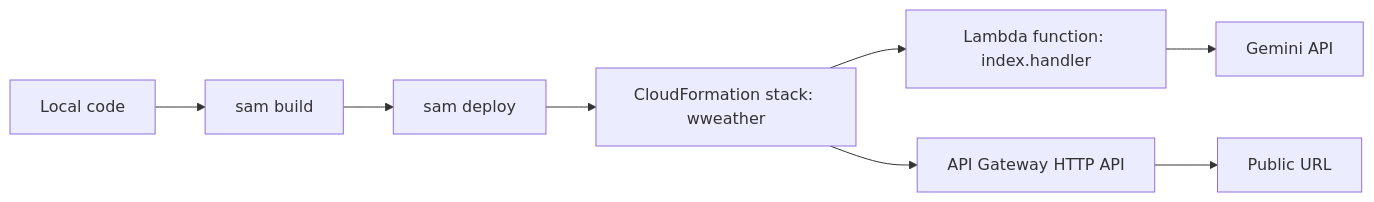
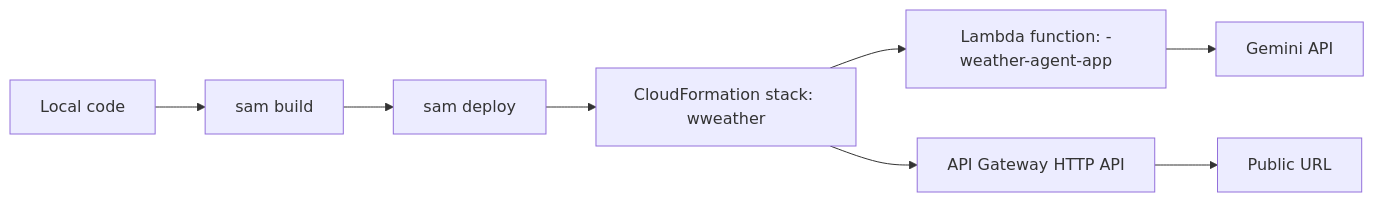
Before and after one commit to itspriyanshuks17/gen_ai: the second of 2 diagrams in ai-agents/weather/README.md, drawn with Mermaid. The commit also changed 2 other files, not shown here.

Commit message:
Enhance deployment workflow and documentation for Lambda function naming consistency

````diff
--- a/ai-agents/weather/README.md
+++ b/ai-agents/weather/README.md
@@ -72,19 +72,19 @@
 ```mermaid
 flowchart LR
     A["Local code"];
     B["sam build"];
     C["sam deploy"];
     D["CloudFormation stack: wweather"];
-    E["Lambda function: index.handler"];
+    E["Lambda function: <stack>-weather-agent-app"];
     F["API Gateway HTTP API"];
     G["Gemini API"];
     H["Public URL"];
 
     A --> B;
     B --> C;
     C --> D;
     D --> E;
     D --> F;
     E --> G;
     F --> H;
 ```
````
